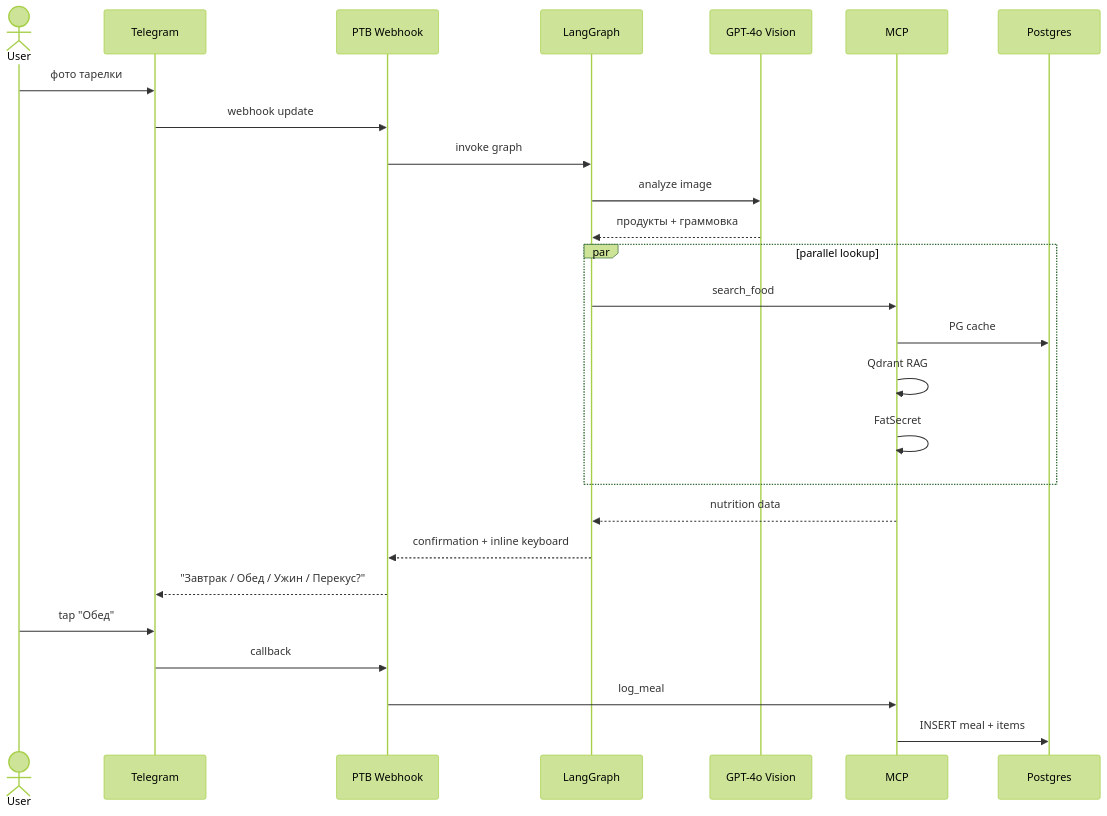
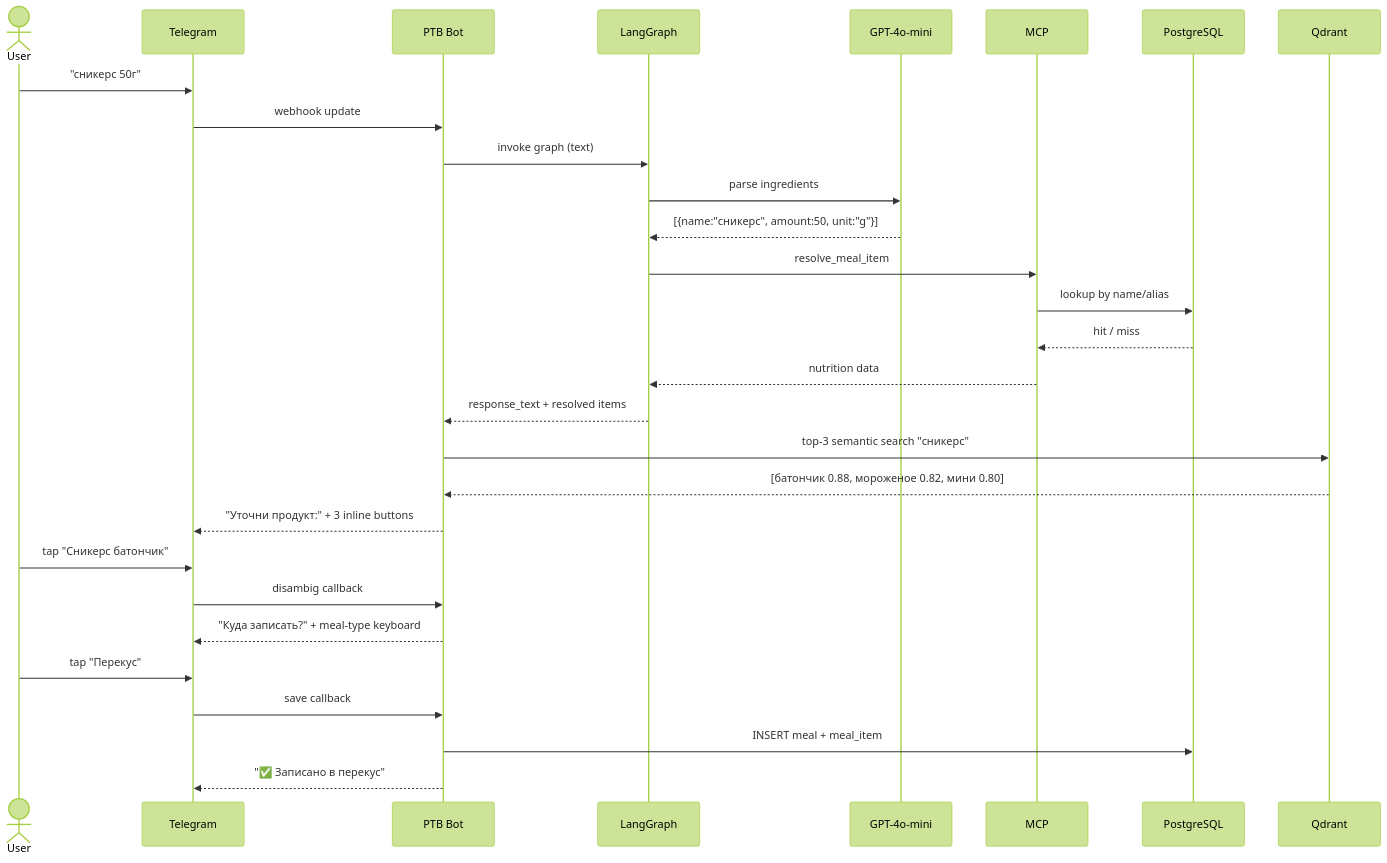
One commit to 5kif4a/nutrisnap changed the second of 2 diagrams in README.md. Above: the diagram before and after it, drawn with Mermaid (forest theme). The commit also changed other lines of this file and 23 other files, not shown here.

````diff
--- a/README.md
+++ b/README.md
@@ -132,29 +153,32 @@
 ```mermaid
 sequenceDiagram
     actor U as User
     participant T as Telegram
-    participant B as PTB Webhook
+    participant B as PTB Bot
     participant G as LangGraph
-    participant V as GPT-4o Vision
+    participant P as GPT-4o-mini
     participant M as MCP
-    participant D as Postgres
+    participant D as PostgreSQL
+    participant Q as Qdrant
 
-    U->>T: фото тарелки
+    U->>T: "сникерс 50г"
     T->>B: webhook update
-    B->>G: invoke graph
-    G->>V: analyze image
-    V-->>G: продукты + граммовка
-    par parallel lookup
-        G->>M: search_food
-        M->>D: PG cache
-        M->>M: Qdrant RAG
-        M->>M: FatSecret
-    end
+    B->>G: invoke graph (text)
+    G->>P: parse ingredients
+    P-->>G: [{name:"сникерс", amount:50, unit:"g"}]
+    G->>M: resolve_meal_item
+    M->>D: lookup by name/alias
+    D-->>M: hit / miss
     M-->>G: nutrition data
-    G-->>B: confirmation + inline keyboard
-    B-->>T: "Завтрак / Обед / Ужин / Перекус?"
-    U->>T: tap "Обед"
-    T->>B: callback
-    B->>M: log_meal
-    M->>D: INSERT meal + items
+    G-->>B: response_text + resolved items
+    B->>Q: top-3 semantic search "сникерс"
+    Q-->>B: [батончик 0.88, мороженое 0.82, мини 0.80]
+    B-->>T: "Уточни продукт:" + 3 inline buttons
+    U->>T: tap "Сникерс батончик"
+    T->>B: disambig callback
+    B-->>T: "Куда записать?" + meal-type keyboard
+    U->>T: tap "Перекус"
+    T->>B: save callback
+    B->>D: INSERT meal + meal_item
+    B-->>T: "✅ Записано в перекус"
 ```
````
